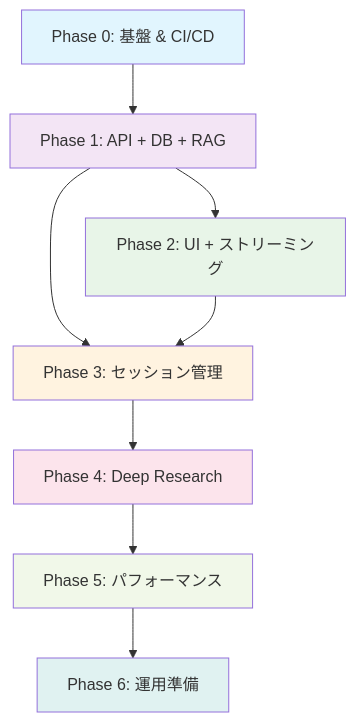
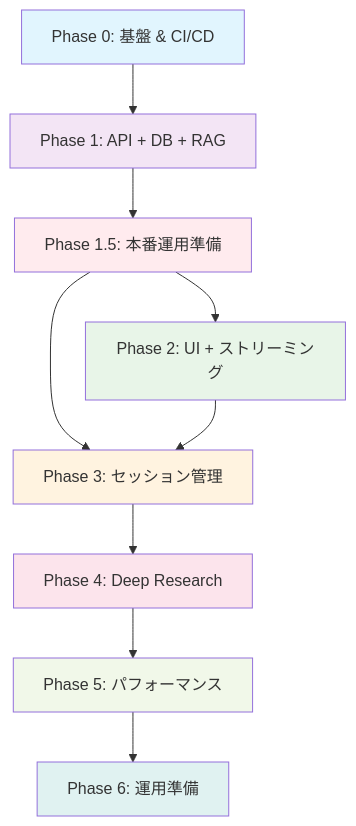
Before and after one commit to kenjishioya/llm-app-trial-with-ai-driven: the diagram in docs/roadmap.md, drawn with Mermaid. The commit also changed other lines of this file and 31 other files, not shown here.

````diff
--- a/docs/roadmap.md
+++ b/docs/roadmap.md
@@ -333,18 +391,20 @@
 ```mermaid
 graph TD
     P0[Phase 0: 基盤 & CI/CD] --> P1[Phase 1: API + DB + RAG]
-    P1 --> P2[Phase 2: UI + ストリーミング]
-    P1 --> P3[Phase 3: セッション管理]
+    P1 --> P1_5[Phase 1.5: 本番運用準備]
+    P1_5 --> P2[Phase 2: UI + ストリーミング]
+    P1_5 --> P3[Phase 3: セッション管理]
     P2 --> P3
     P3 --> P4[Phase 4: Deep Research]
     P4 --> P5[Phase 5: パフォーマンス]
     P5 --> P6[Phase 6: 運用準備]
 
     style P0 fill:#e1f5fe
     style P1 fill:#f3e5f5
+    style P1_5 fill:#ffebee
     style P2 fill:#e8f5e8
     style P3 fill:#fff3e0
     style P4 fill:#fce4ec
     style P5 fill:#f1f8e9
     style P6 fill:#e0f2f1
 ```
````
